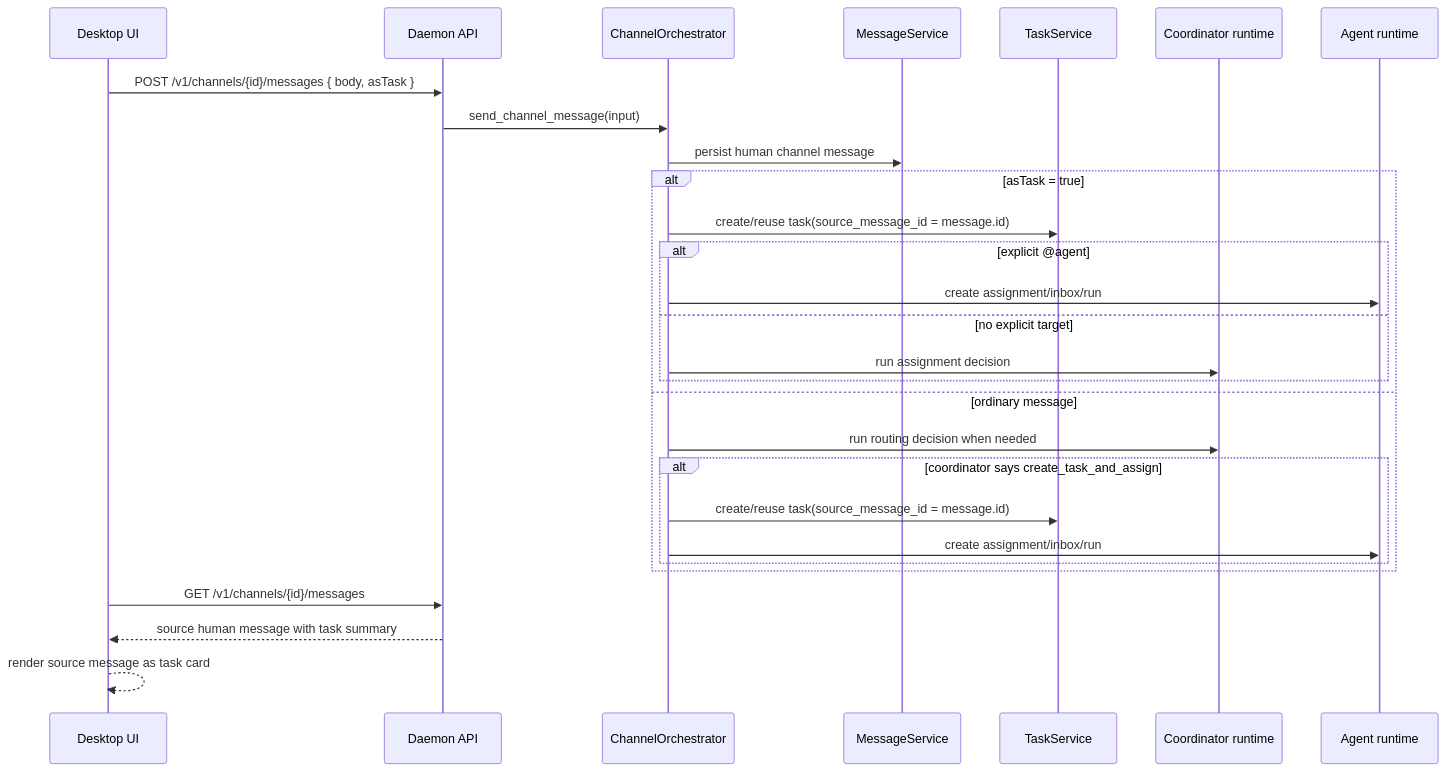
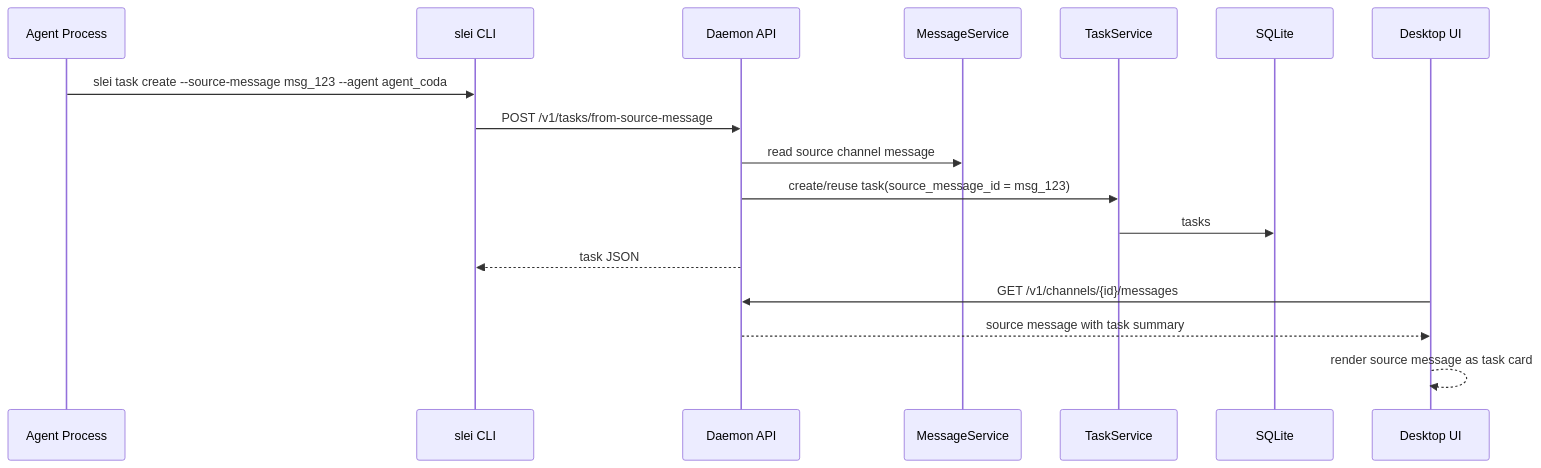
The first of 2 diagrams in docs/architecture/0006-task-source-message-card.md (leedalei/Slei), drawn with Mermaid before and after one commit. The commit also changed other lines of this file and 4 other files, not shown here.

Commit message:
docs: document broadcast claim architecture

````diff
--- a/docs/architecture/0006-task-source-message-card.md
+++ b/docs/architecture/0006-task-source-message-card.md
@@ -25,31 +46,20 @@
 ```mermaid
 sequenceDiagram
-    participant UI as Desktop UI
+    participant Agent as Agent Process
+    participant CLI as slei CLI
     participant API as Daemon API
-    participant Orch as ChannelOrchestrator
     participant Msg as MessageService
     participant Tasks as TaskService
-    participant Coord as Coordinator runtime
-    participant Agent as Agent runtime
+    participant Store as SQLite
+    participant UI as Desktop UI
 
-    UI->>API: POST /v1/channels/{id}/messages { body, asTask }
-    API->>Orch: send_channel_message(input)
-    Orch->>Msg: persist human channel message
-    alt asTask = true
-        Orch->>Tasks: create/reuse task(source_message_id = message.id)
-        alt explicit @agent
-            Orch->>Agent: create assignment/inbox/run
-        else no explicit target
-            Orch->>Coord: run assignment decision
-        end
-    else ordinary message
-        Orch->>Coord: run routing decision when needed
-        alt coordinator says create_task_and_assign
-            Orch->>Tasks: create/reuse task(source_message_id = message.id)
-            Orch->>Agent: create assignment/inbox/run
-        end
-    end
+    Agent->>CLI: slei task create --source-message msg_123 --agent agent_coda
+    CLI->>API: POST /v1/tasks/from-source-message
+    API->>Msg: read source channel message
+    API->>Tasks: create/reuse task(source_message_id = msg_123)
+    Tasks->>Store: tasks
+    API-->>CLI: task JSON
     UI->>API: GET /v1/channels/{id}/messages
-    API-->>UI: source human message with task summary
+    API-->>UI: source message with task summary
     UI-->>UI: render source message as task card
 ```
````
